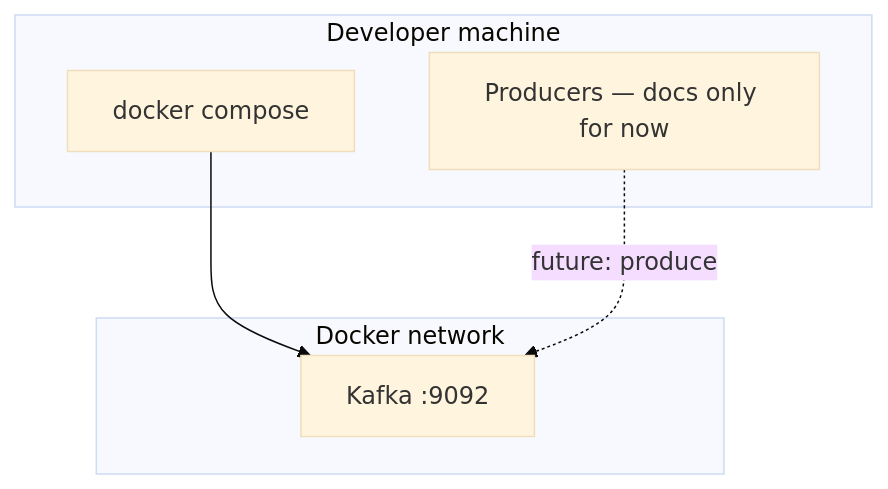
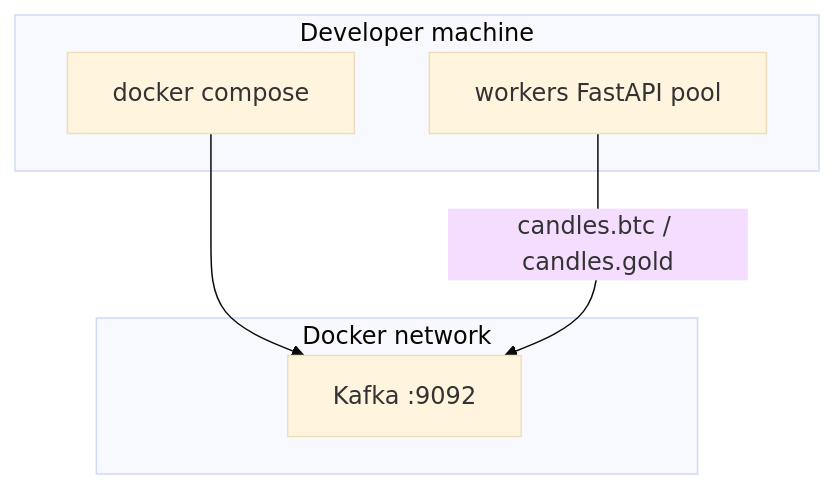
The second of 2 diagrams in docs/architecture/infrastructure/kafka-local.md (shehan-jayasinghe/ai_trading_bots), drawn with Mermaid (base theme) before and after one commit. The commit also changed other lines of this file and 18 other files, not shown here.

Commit message:
add Binance and Deriv Kafka producers: implement workers, Kafka publisher, FastAPI backend, and example environment configuration

````diff
--- a/docs/architecture/infrastructure/kafka-local.md
+++ b/docs/architecture/infrastructure/kafka-local.md
@@ -119,14 +112,14 @@
 ```mermaid
 flowchart TB
   subgraph host["Developer machine"]
     DC[docker compose]
-    ProdDocs[Producers — docs only for now]
+    W[workers FastAPI pool]
   end
 
   subgraph docker["Docker network"]
     K[Kafka :9092]
   end
 
   DC --> K
-  ProdDocs -.->|future: produce| K
+  W -->|candles.btc / candles.gold| K
 ```
````
